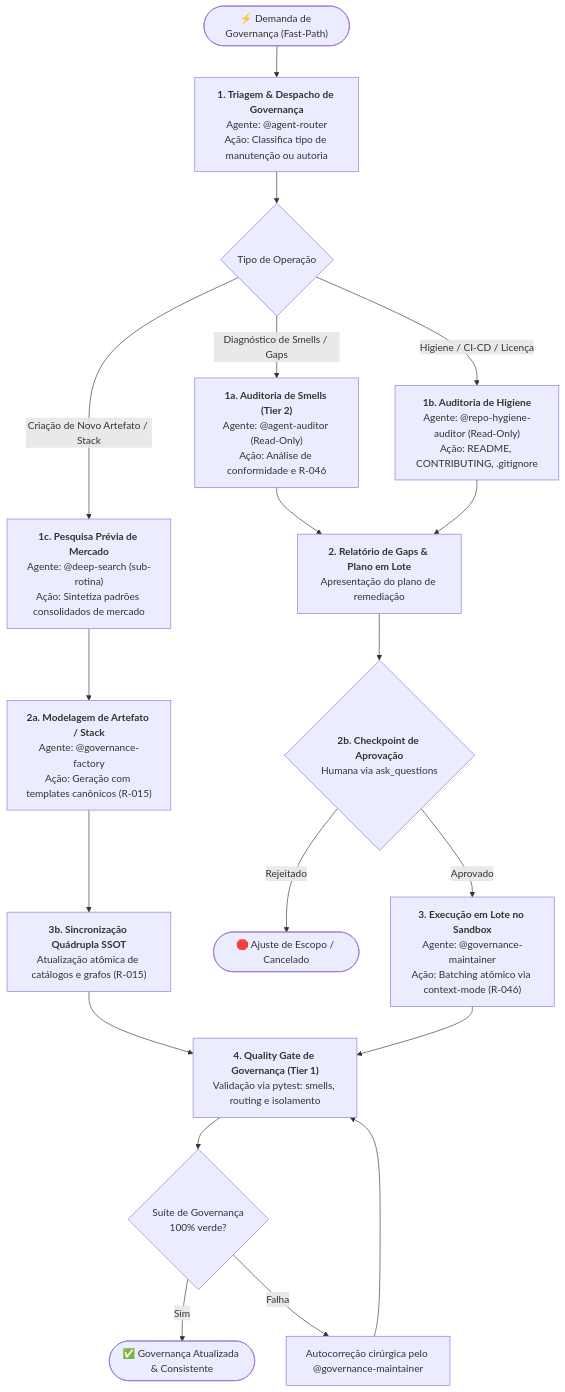
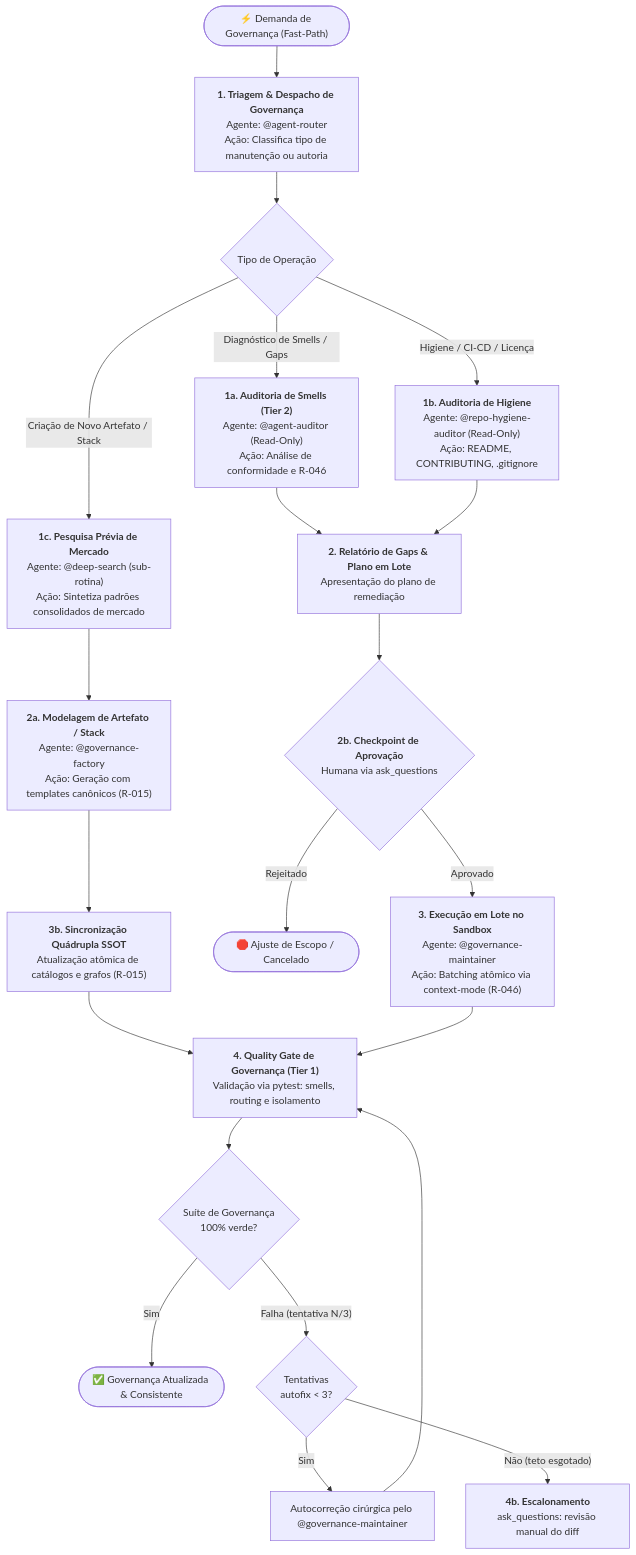
Before and after one commit to jezreel8858/deep-agents-copilot: the sixth of 7 diagrams in .github/agents/workflows.md, drawn with Mermaid. The commit also changed other lines of this file and 29 other files, not shown here.

````diff
--- a/.github/agents/workflows.md
+++ b/.github/agents/workflows.md
@@ -415,28 +415,30 @@
 ```mermaid
 flowchart TD
     ReqGov(["⚡ Demanda de Governança (Fast-Path)"]) --> RouterGov["<b>1. Triagem & Despacho de Governança</b><br/>Agente: @agent-router<br/>Ação: Classifica tipo de manutenção ou autoria"]
 
     RouterGov --> GovCheck{"Tipo de Operação"}
 
     GovCheck -- "Diagnóstico de Smells / Gaps" --> Auditor["<b>1a. Auditoria de Smells (Tier 2)</b><br/>Agente: @agent-auditor (Read-Only)<br/>Ação: Análise de conformidade e R-046"]
     GovCheck -- "Higiene / CI-CD / Licença" --> Hygiene["<b>1b. Auditoria de Higiene</b><br/>Agente: @repo-hygiene-auditor (Read-Only)<br/>Ação: README, CONTRIBUTING, .gitignore"]
     GovCheck -- "Criação de Novo Artefato / Stack" --> PreSearch["<b>1c. Pesquisa Prévia de Mercado</b><br/>Agente: @deep-search (sub-rotina)<br/>Ação: Sintetiza padrões consolidados de mercado"]
 
     PreSearch --> Factory["<b>2a. Modelagem de Artefato / Stack</b><br/>Agente: @governance-factory<br/>Ação: Geração com templates canônicos (R-015)"]
 
     Auditor & Hygiene --> PlanReport["<b>2. Relatório de Gaps & Plano em Lote</b><br/>Apresentação do plano de remediação"]
 
     PlanReport --> HumanGate{"<b>2b. Checkpoint de Aprovação</b><br/>Humana via ask_questions"}
 
     HumanGate -- "Aprovado" --> Maintainer["<b>3. Execução em Lote no Sandbox</b><br/>Agente: @governance-maintainer<br/>Ação: Batching atômico via context-mode (R-046)"]
     HumanGate -- "Rejeitado" --> EndCancel(["🛑 Ajuste de Escopo / Cancelado"])
 
     Factory --> MaintainerSync["<b>3b. Sincronização Quádrupla SSOT</b><br/>Atualização atômica de catálogos e grafos (R-015)"]
     MaintainerSync --> GateGov["<b>4. Quality Gate de Governança (Tier 1)</b><br/>Validação via pytest: smells, routing e isolamento"]
     Maintainer --> GateGov
 
     GateGov --> CheckGov{"Suíte de Governança<br/>100% verde?"}
     CheckGov -- "Sim" --> EndDone(["✅ Governança Atualizada & Consistente"])
-    CheckGov -- "Falha" --> AutoFix["Autocorreção cirúrgica pelo @governance-maintainer"]
+    CheckGov -- "Falha (tentativa N/3)" --> CheckAutoFixCap{"Tentativas<br/>autofix < 3?"}
+    CheckAutoFixCap -- "Sim" --> AutoFix["Autocorreção cirúrgica pelo @governance-maintainer"]
     AutoFix --> GateGov
+    CheckAutoFixCap -- "Não (teto esgotado)" --> GovEscalate["<b>4b. Escalonamento</b><br/>ask_questions: revisão manual do diff"]
 ```
````
